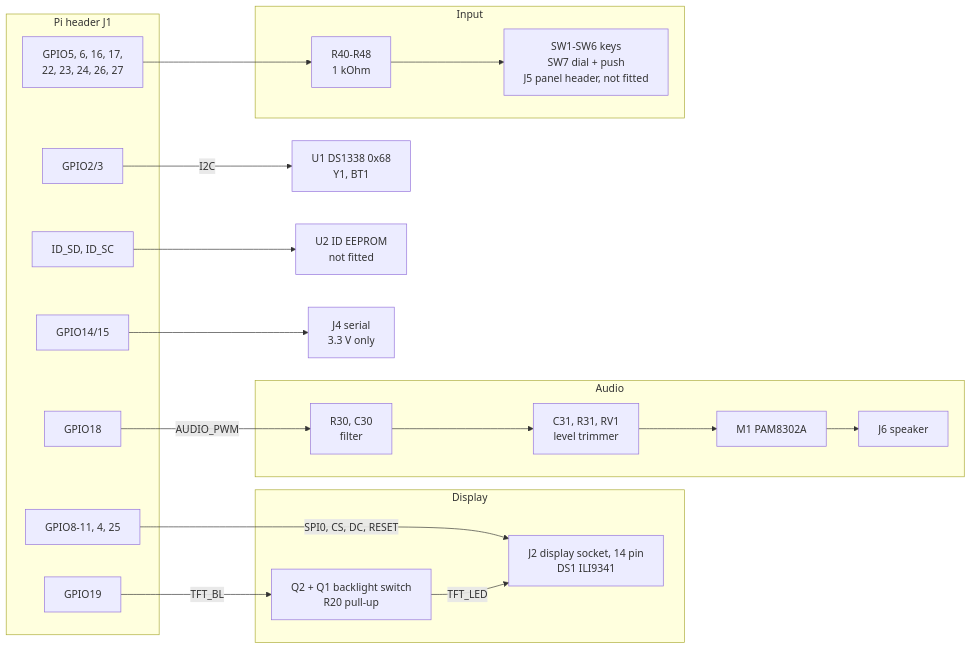
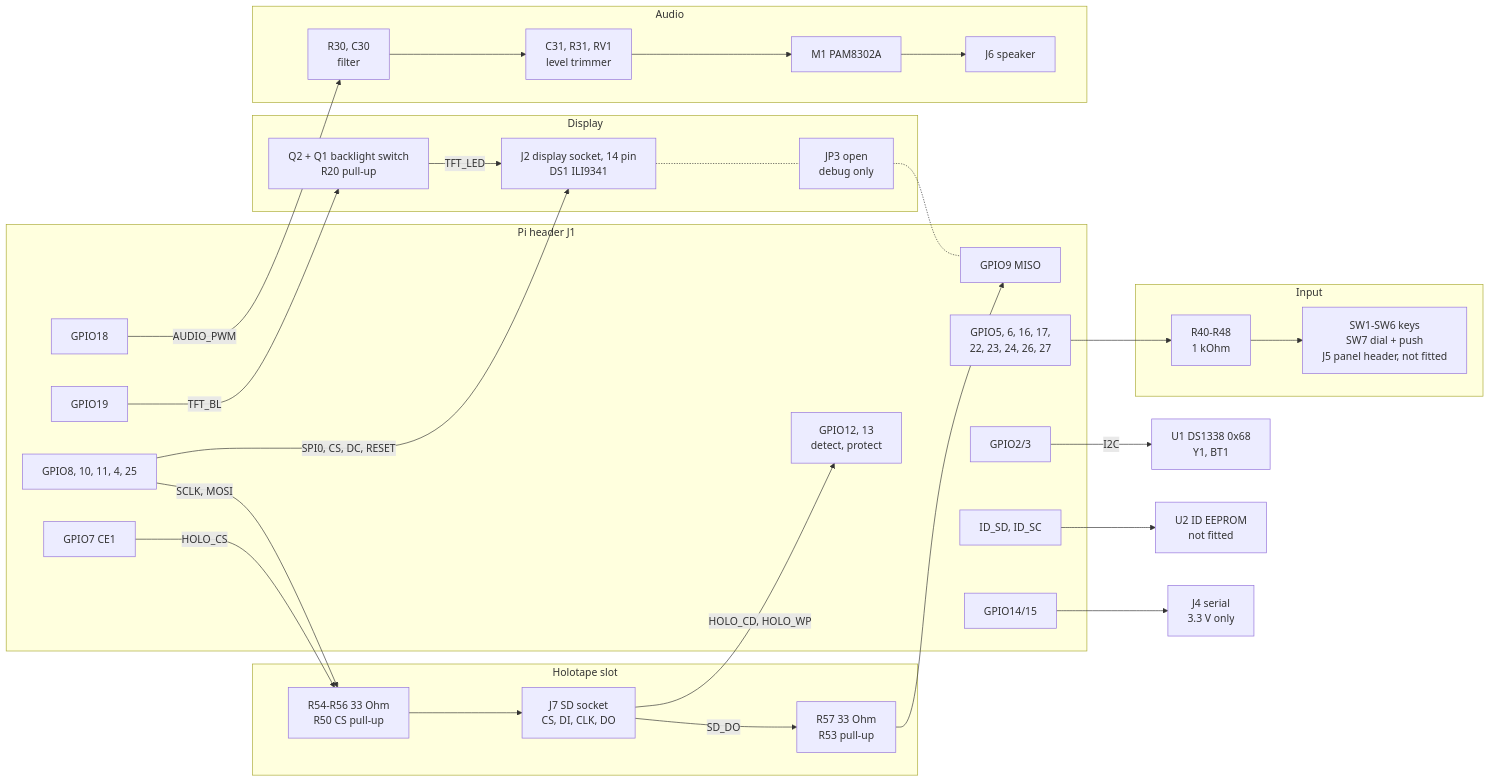
One commit to RobCo-Industries/RobCo-Hardware changed the second of 2 diagrams in pipboy-hat/spec/SPEC.md. Above: the diagram before and after it, drawn with Mermaid. The commit also changed other lines of this file and 16 other files, not shown here.

First line of the commit message:
Add a holotape slot to the Pip-Boy HAT

````diff
--- a/pipboy-hat/spec/SPEC.md
+++ b/pipboy-hat/spec/SPEC.md
@@ -65,37 +69,52 @@
 ```mermaid
 flowchart LR
     subgraph J1["Pi header J1"]
-        SPI["GPIO8-11, 4, 25"]
+        SPI["GPIO8, 10, 11, 4, 25"]
+        MISO["GPIO9 MISO"]
+        CE1["GPIO7 CE1"]
+        HOLO["GPIO12, 13<br/>detect, protect"]
         BL["GPIO19"]
         I2C["GPIO2/3"]
         IDP["ID_SD, ID_SC"]
         UART["GPIO14/15"]
         PWM["GPIO18"]
         INP["GPIO5, 6, 16, 17,<br/>22, 23, 24, 26, 27"]
     end
     subgraph DISPLAY["Display"]
         BLSW["Q2 + Q1 backlight switch<br/>R20 pull-up"]
         J2["J2 display socket, 14 pin<br/>DS1 ILI9341"]
+        JP3["JP3 open<br/>debug only"]
+    end
+    subgraph HOLOTAPE["Holotape slot"]
+        RSD["R54-R56 33 Ohm<br/>R50 CS pull-up"]
+        R57["R57 33 Ohm<br/>R53 pull-up"]
+        J7["J7 SD socket<br/>CS, DI, CLK, DO"]
     end
     U1["U1 DS1338 0x68<br/>Y1, BT1"]
     U2["U2 ID EEPROM<br/>not fitted"]
     J4["J4 serial<br/>3.3 V only"]
     subgraph AUDIO["Audio"]
         R30["R30, C30<br/>filter"]
         RV1["C31, R31, RV1<br/>level trimmer"]
         M1["M1 PAM8302A"]
         J6["J6 speaker"]
     end
     subgraph INPUT["Input"]
         R40["R40-R48<br/>1 kOhm"]
         KEYS["SW1-SW6 keys<br/>SW7 dial + push<br/>J5 panel header, not fitted"]
     end
     SPI -- "SPI0, CS, DC, RESET" --> J2
+    J2 -.- JP3 -.- MISO
+    SPI -- "SCLK, MOSI" --> RSD
+    CE1 -- "HOLO_CS" --> RSD
+    RSD --> J7
+    J7 -- "SD_DO" --> R57 --> MISO
+    J7 -- "HOLO_CD, HOLO_WP" --> HOLO
     BL -- "TFT_BL" --> BLSW
     BLSW -- "TFT_LED" --> J2
     I2C -- "I2C" --> U1
     IDP --> U2
     UART --> J4
     PWM -- "AUDIO_PWM" --> R30 --> RV1 --> M1 --> J6
     INP --> R40 --> KEYS
 ```
````
